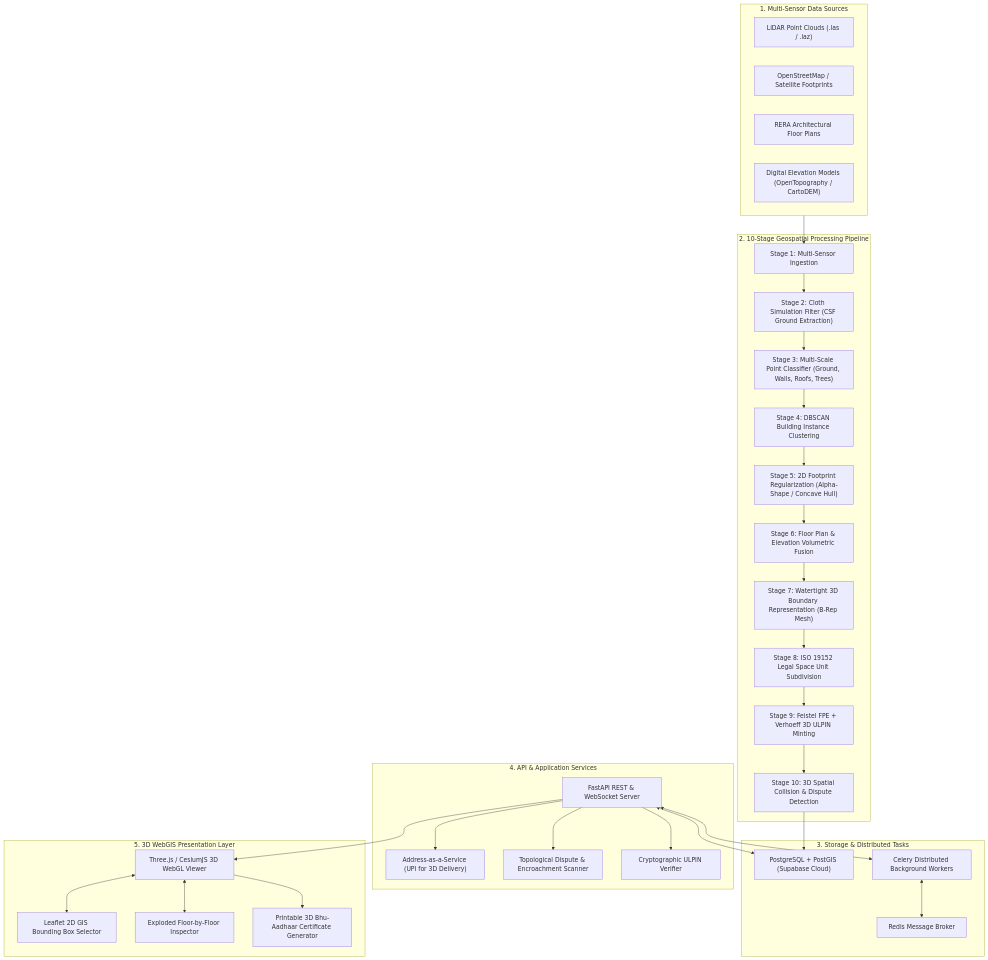
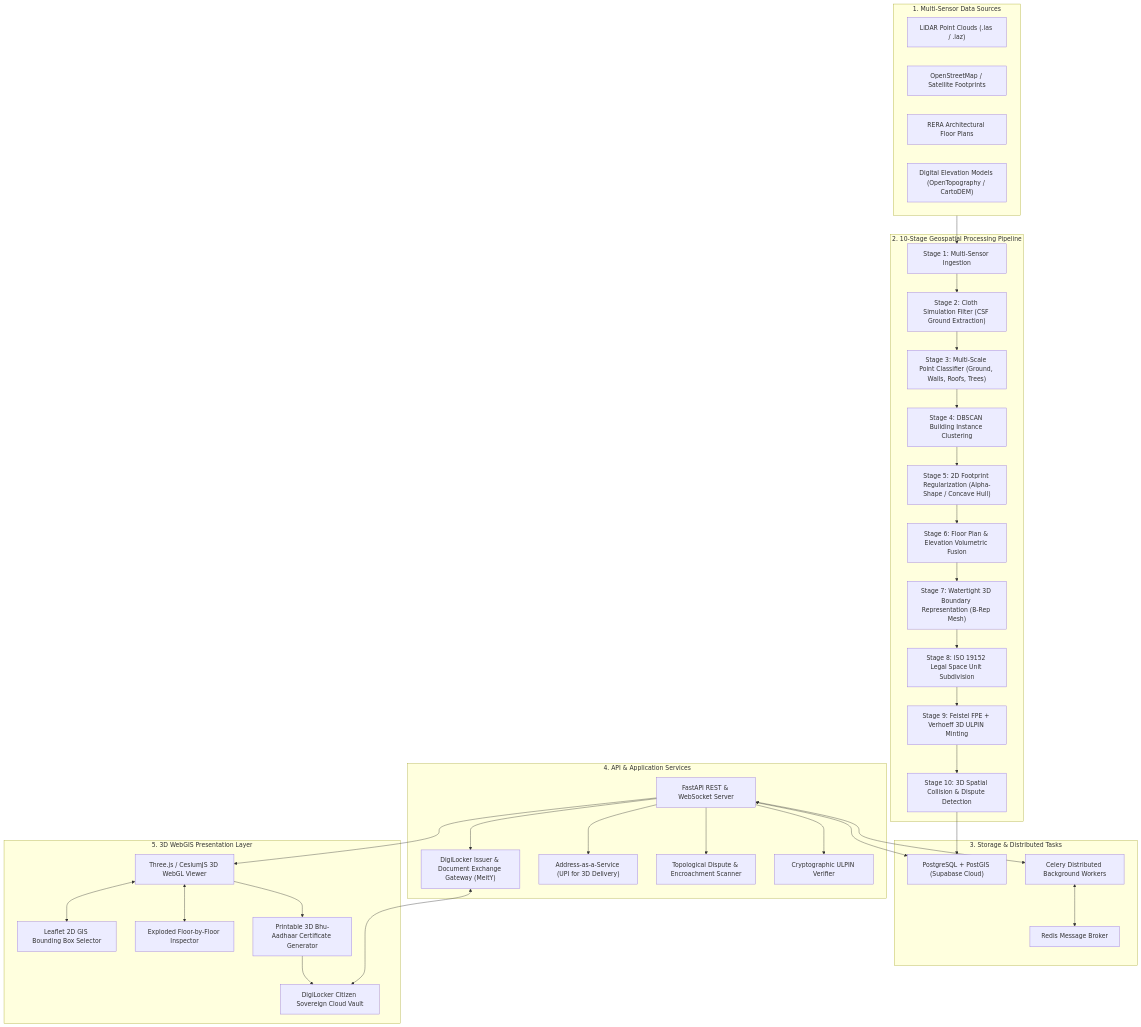
Before and after one commit to Pranav-joshi02/vkarma: the first of 2 diagrams in README.md, drawn with Mermaid. The commit also changed other lines of this file and 45 other files, not shown here.

````diff
--- a/README.md
+++ b/README.md
@@ -31,57 +31,62 @@
 ```mermaid
 flowchart TD
     subgraph DataSources["1. Multi-Sensor Data Sources"]
         LIDAR["LiDAR Point Clouds (.las / .laz)"]
         OSM["OpenStreetMap / Satellite Footprints"]
         RERA["RERA Architectural Floor Plans"]
         DEM["Digital Elevation Models (OpenTopography / CartoDEM)"]
     end
 
     subgraph Pipeline["2. 10-Stage Geospatial Processing Pipeline"]
         S1["Stage 1: Multi-Sensor Ingestion"]
         S2["Stage 2: Cloth Simulation Filter (CSF Ground Extraction)"]
         S3["Stage 3: Multi-Scale Point Classifier (Ground, Walls, Roofs, Trees)"]
         S4["Stage 4: DBSCAN Building Instance Clustering"]
         S5["Stage 5: 2D Footprint Regularization (Alpha-Shape / Concave Hull)"]
         S6["Stage 6: Floor Plan & Elevation Volumetric Fusion"]
         S7["Stage 7: Watertight 3D Boundary Representation (B-Rep Mesh)"]
         S8["Stage 8: ISO 19152 Legal Space Unit Subdivision"]
         S9["Stage 9: Feistel FPE + Verhoeff 3D ULPIN Minting"]
         S10["Stage 10: 3D Spatial Collision & Dispute Detection"]
         
         S1 --> S2 --> S3 --> S4 --> S5 --> S6 --> S7 --> S8 --> S9 --> S10
     end
 
     subgraph Persistence["3. Storage & Distributed Tasks"]
         POSTGRES["PostgreSQL + PostGIS (Supabase Cloud)"]
         REDIS["Redis Message Broker"]
         CELERY["Celery Distributed Background Workers"]
     end
 
     subgraph ServiceLayer["4. API & Application Services"]
         FASTAPI["FastAPI REST & WebSocket Server"]
+        DIGILOCKER["DigiLocker Issuer & Document Exchange Gateway (MeitY)"]
         DELIVERY["Address-as-a-Service (UPI for 3D Delivery)"]
         DISPUTE["Topological Dispute & Encroachment Scanner"]
         ULPIN_ENGINE["Cryptographic ULPIN Verifier"]
     end
 
     subgraph Presentation["5. 3D WebGIS Presentation Layer"]
         WEBGIS["Three.js / CesiumJS 3D WebGL Viewer"]
         LEAFLET["Leaflet 2D GIS Bounding Box Selector"]
         EXPLODED["Exploded Floor-by-Floor Inspector"]
         CERT["Printable 3D Bhu-Aadhaar Certificate Generator"]
+        LOCKER_MODAL["DigiLocker Citizen Sovereign Cloud Vault"]
     end
 
     DataSources --> S1
     S10 --> POSTGRES
     FASTAPI <--> POSTGRES
     FASTAPI <--> CELERY
     CELERY <--> REDIS
     FASTAPI --> WEBGIS
+    FASTAPI --> DIGILOCKER
     FASTAPI --> DELIVERY
     FASTAPI --> DISPUTE
     FASTAPI --> ULPIN_ENGINE
     WEBGIS <--> LEAFLET
     WEBGIS <--> EXPLODED
     WEBGIS --> CERT
+    CERT --> LOCKER_MODAL
+    DIGILOCKER <--> LOCKER_MODAL
 ```
````
